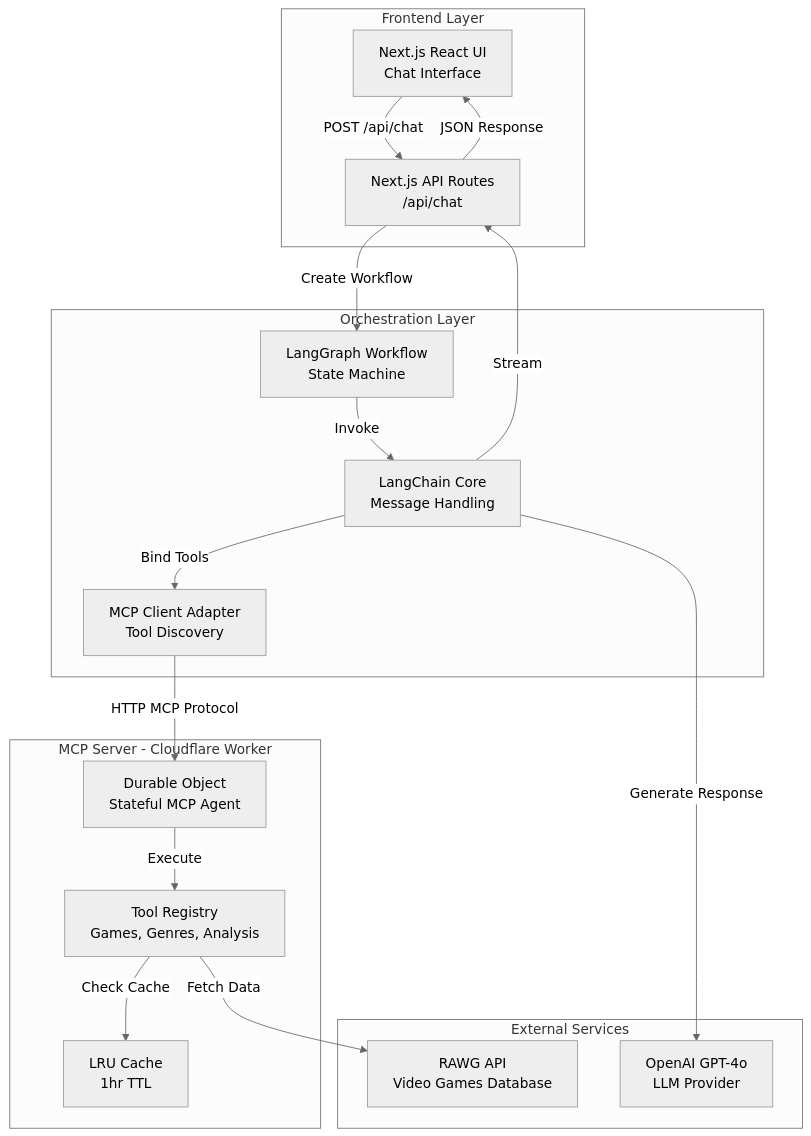
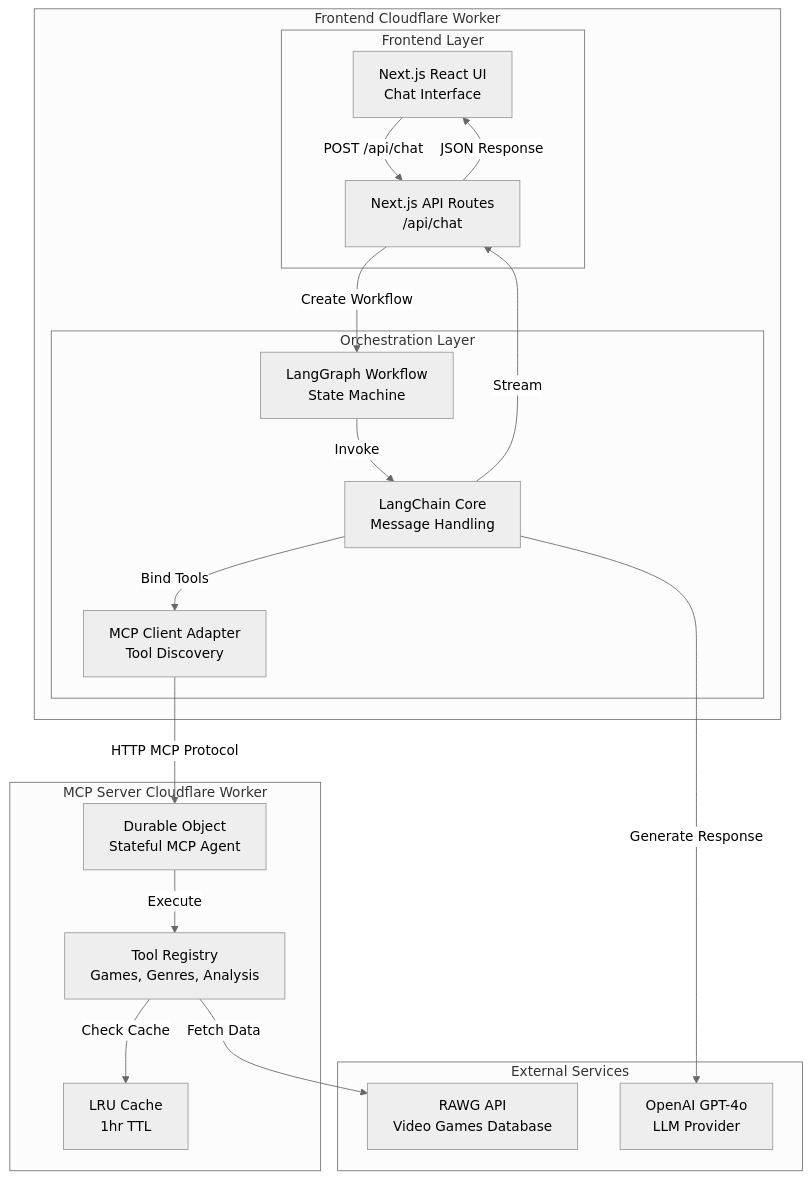
One commit to ShawnZong/amazing-game-analytics-ai-chatbot changed the first of 2 diagrams in README.md. Above: the diagram before and after it, drawn with Mermaid (neutral theme). The commit also changed other lines of this file, not shown here.

Commit message:
docs: update architecture diagram to reflect Cloudflare Workers deployment

````diff
--- a/README.md
+++ b/README.md
@@ -17,36 +17,37 @@
 ```mermaid
 graph TB
-    subgraph "Frontend Layer"
-        UI[Next.js React UI<br/>Chat Interface]
-        API[Next.js API Routes<br/>/api/chat]
+    subgraph "Frontend Cloudflare Worker"
+        subgraph "Frontend Layer"
+            UI[Next.js React UI<br/>Chat Interface]
+            API[Next.js API Routes<br/>/api/chat]
+        end
+        subgraph "Orchestration Layer"
+            LG[LangGraph Workflow<br/>State Machine]
+            LC[LangChain Core<br/>Message Handling]
+            MCP_CLIENT[MCP Client Adapter<br/>Tool Discovery]
+        end
     end
 
-    subgraph "Orchestration Layer"
-        LG[LangGraph Workflow<br/>State Machine]
-        LC[LangChain Core<br/>Message Handling]
-        MCP_CLIENT[MCP Client Adapter<br/>Tool Discovery]
-    end
-
-    subgraph "MCP Server - Cloudflare Worker"
+    subgraph "MCP Server Cloudflare Worker"
         DO[Durable Object<br/>Stateful MCP Agent]
         TOOLS[Tool Registry<br/>Games, Genres, Analysis]
         CACHE[LRU Cache<br/>1hr TTL]
     end
 
     subgraph "External Services"
         LLM[OpenAI GPT-4o<br/>LLM Provider]
         RAWG[RAWG API<br/>Video Games Database]
     end
 
     UI -->|POST /api/chat| API
     API -->|Create Workflow| LG
     LG -->|Invoke| LC
     LC -->|Bind Tools| MCP_CLIENT
     MCP_CLIENT -->|HTTP MCP Protocol| DO
     DO -->|Execute| TOOLS
     TOOLS -->|Check Cache| CACHE
     TOOLS -->|Fetch Data| RAWG
     LC -->|Generate Response| LLM
     LC -->|Stream| API
     API -->|JSON Response| UI
 ```
````
